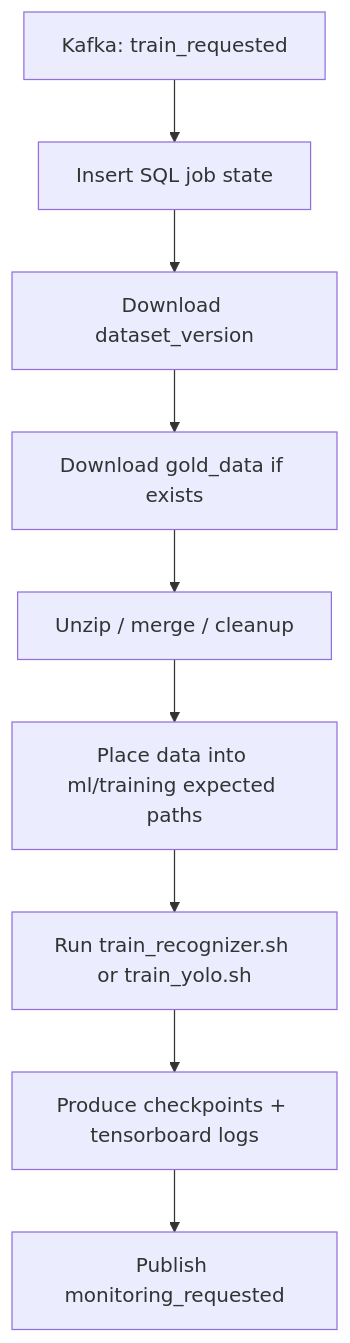
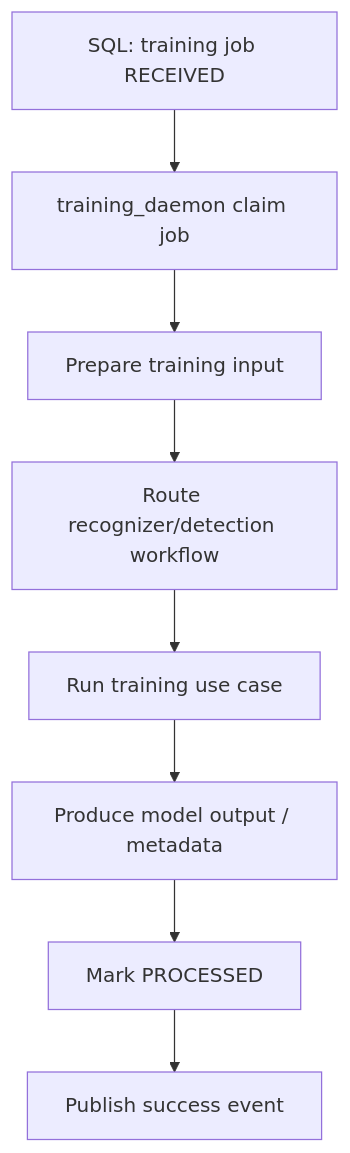
Before and after one commit to khanhminhtk/overwatch-edge-ai: the sixth of 13 diagrams in services/model-lifecycle-service/model-lifecycle-orchestrator-flow.md, drawn with Mermaid. The commit also changed other lines of this file and 44 other files, not shown here.

````diff
--- a/services/model-lifecycle-service/model-lifecycle-orchestrator-flow.md
+++ b/services/model-lifecycle-service/model-lifecycle-orchestrator-flow.md
@@ -356,11 +576,10 @@
 ```mermaid
 flowchart TD
-    T1["Kafka: train_requested"] --> T2["Insert SQL job state"]
-    T2 --> T3["Download dataset_version"]
-    T3 --> T4["Download gold_data if exists"]
-    T4 --> T5["Unzip / merge / cleanup"]
-    T5 --> T6["Place data into ml/training expected paths"]
-    T6 --> T7["Run train_recognizer.sh or train_yolo.sh"]
-    T7 --> T8["Produce checkpoints + tensorboard logs"]
-    T8 --> T9["Publish monitoring_requested"]
+    T1["SQL: training job RECEIVED"] --> T2["training_daemon claim job"]
+    T2 --> T3["Prepare training input"]
+    T3 --> T4["Route recognizer/detection workflow"]
+    T4 --> T5["Run training use case"]
+    T5 --> T6["Produce model output / metadata"]
+    T6 --> T7["Mark PROCESSED"]
+    T7 --> T8["Publish success event"]
 ```
````
